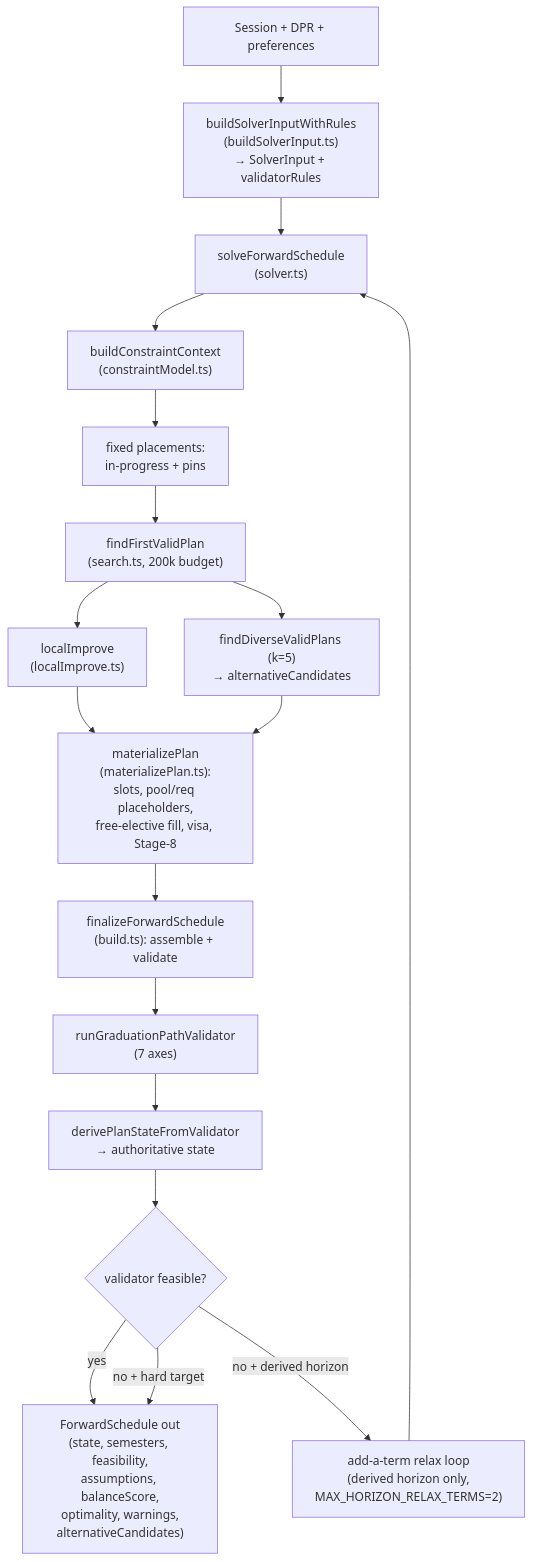
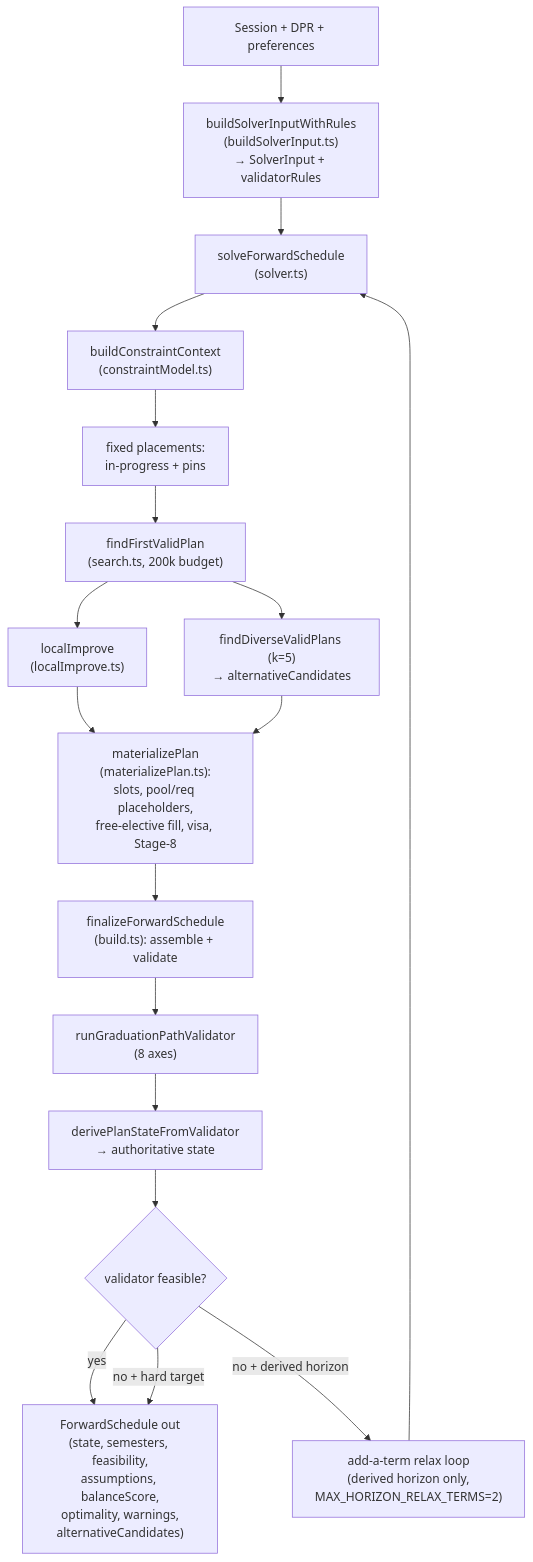
The second of 3 diagrams in Docs/current-system/engine/forward-schedule.md (EdoardoMongardi/NYU_Path), drawn with Mermaid before and after one commit. The commit also changed other lines of this file and 1 other file, not shown here.

First line of the commit message:
docs(engine): record the 8th validator axis passFailLimitsRespected (frozen-contract extension) in the design spec + current-system (C3)

````diff
--- a/Docs/current-system/engine/forward-schedule.md
+++ b/Docs/current-system/engine/forward-schedule.md
@@ -263,26 +266,26 @@
 ```mermaid
 flowchart TD
   IN["Session + DPR + preferences"]
   SI["buildSolverInputWithRules<br/>(buildSolverInput.ts)<br/>→ SolverInput + validatorRules"]
   SOLVE["solveForwardSchedule<br/>(solver.ts)"]
   CTX["buildConstraintContext<br/>(constraintModel.ts)"]
   FIXED["fixed placements:<br/>in-progress + pins"]
   SEARCH["findFirstValidPlan<br/>(search.ts, 200k budget)"]
   IMPROVE["localImprove<br/>(localImprove.ts)"]
   MAT["materializePlan<br/>(materializePlan.ts):<br/>slots, pool/req placeholders,<br/>free-elective fill, visa, Stage-8"]
   DIV["findDiverseValidPlans (k=5)<br/>→ alternativeCandidates"]
   FIN["finalizeForwardSchedule<br/>(build.ts): assemble + validate"]
-  VAL["runGraduationPathValidator<br/>(7 axes)"]
+  VAL["runGraduationPathValidator<br/>(8 axes)"]
   DERIVE["derivePlanStateFromValidator<br/>→ authoritative state"]
   FEAS{"validator feasible?"}
   RELAX["add-a-term relax loop<br/>(derived horizon only,<br/>MAX_HORIZON_RELAX_TERMS=2)"]
   OUT["ForwardSchedule out<br/>(state, semesters, feasibility,<br/>assumptions, balanceScore,<br/>optimality, warnings,<br/>alternativeCandidates)"]
 
   IN --> SI --> SOLVE
   SOLVE --> CTX --> FIXED --> SEARCH --> IMPROVE --> MAT
   SEARCH --> DIV --> MAT
   MAT --> FIN --> VAL --> DERIVE --> FEAS
   FEAS -- yes --> OUT
   FEAS -- "no + derived horizon" --> RELAX --> SOLVE
   FEAS -- "no + hard target" --> OUT
 ```
````
